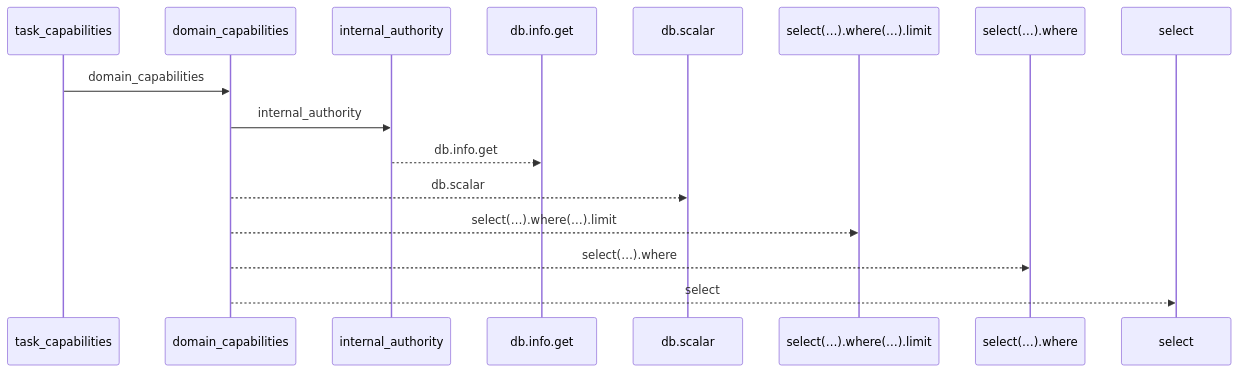
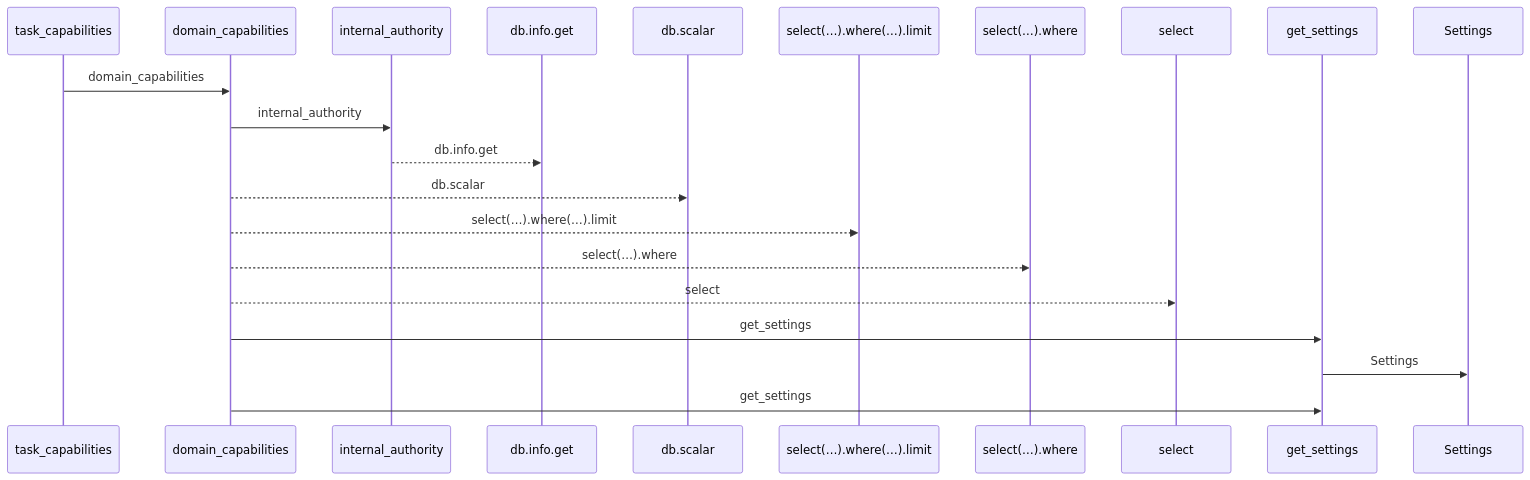
The first of 2 diagrams in docs/llm_wiki/flows/http-task_capabilities.md (Denissvgn/WorkChord), drawn with Mermaid before and after one commit. The commit also changed other lines of this file and 6624 other files, not shown here.

````diff
--- a/docs/llm_wiki/flows/http-task_capabilities.md
+++ b/docs/llm_wiki/flows/http-task_capabilities.md
@@ -10,18 +10,23 @@
 ```mermaid
 sequenceDiagram
     participant p0 as task_capabilities
     participant p1 as domain_capabilities
     participant p2 as internal_authority
     participant p3 as db.info.get
     participant p4 as db.scalar
     participant p5 as select(…).where(…).limit
     participant p6 as select(…).where
     participant p7 as select
+    participant p8 as get_settings
+    participant p9 as Settings
     p0->>p1: domain_capabilities
     p1->>p2: internal_authority
     p2-->>p3: db.info.get
     p1-->>p4: db.scalar
     p1-->>p5: select(…).where(…).limit
     p1-->>p6: select(…).where
     p1-->>p7: select
+    p1->>p8: get_settings
+    p8->>p9: Settings
+    p1->>p8: get_settings
 ```
````
